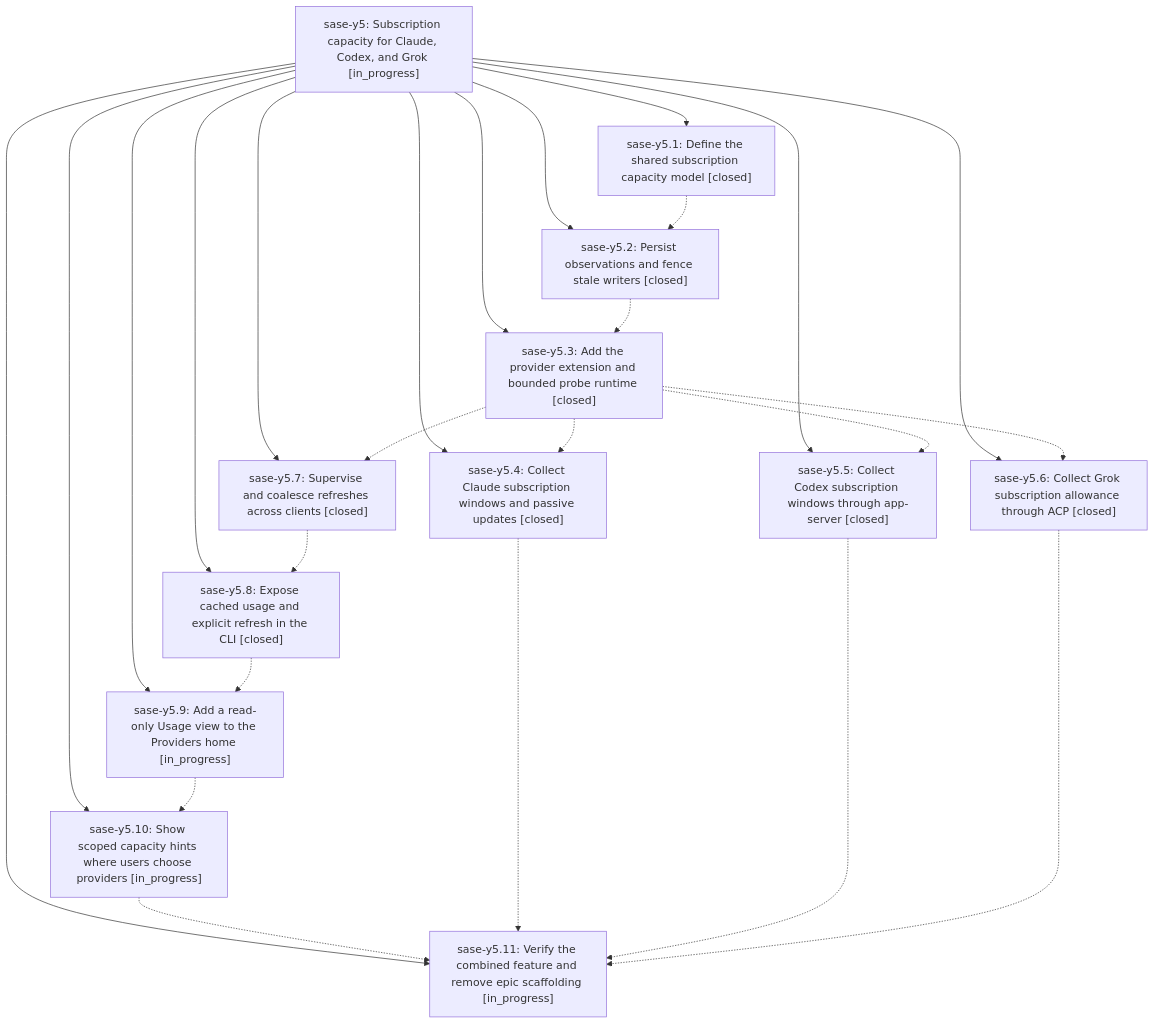
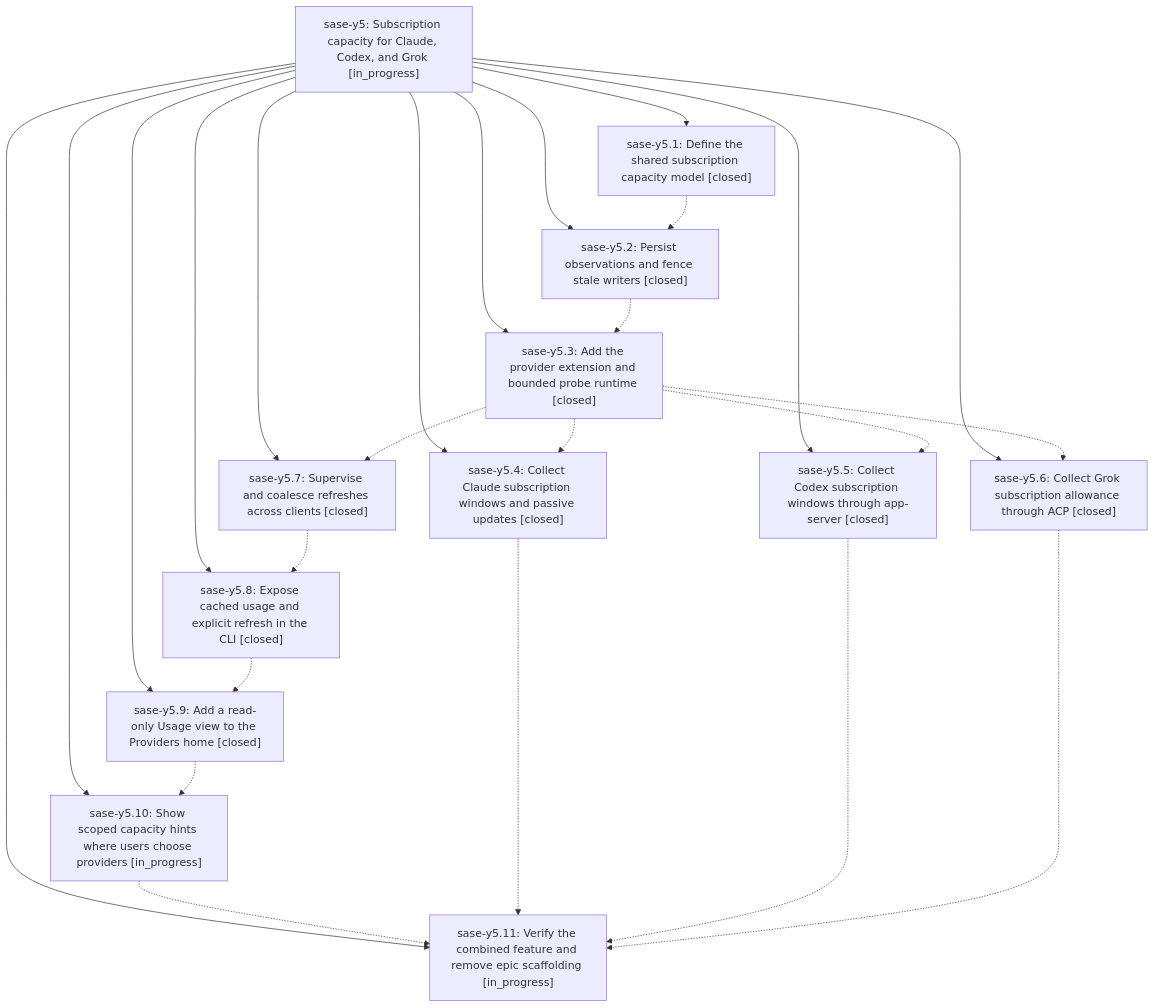
Before and after one commit to sase-org/sase--beads: the diagram in pages/sase-y5/README.md, drawn with Mermaid. The commit also changed other lines of this file and 3 other files, not shown here.

````diff
--- a/pages/sase-y5/README.md
+++ b/pages/sase-y5/README.md
@@ -62,39 +62,39 @@
 ```mermaid
 flowchart TD
     n0["sase-y5: Subscription capacity for Claude, Codex, and Grok [in_progress]"]
     n1["sase-y5.1: Define the shared subscription capacity model [closed]"]
     n2["sase-y5.10: Show scoped capacity hints where users choose providers [in_progress]"]
     n3["sase-y5.11: Verify the combined feature and remove epic scaffolding [in_progress]"]
     n4["sase-y5.2: Persist observations and fence stale writers [closed]"]
     n5["sase-y5.3: Add the provider extension and bounded probe runtime [closed]"]
     n6["sase-y5.4: Collect Claude subscription windows and passive updates [closed]"]
     n7["sase-y5.5: Collect Codex subscription windows through app-server [closed]"]
     n8["sase-y5.6: Collect Grok subscription allowance through ACP [closed]"]
     n9["sase-y5.7: Supervise and coalesce refreshes across clients [closed]"]
     n10["sase-y5.8: Expose cached usage and explicit refresh in the CLI [closed]"]
-    n11["sase-y5.9: Add a read-only Usage view to the Providers home [in_progress]"]
+    n11["sase-y5.9: Add a read-only Usage view to the Providers home [closed]"]
     n0 --> n1
     n0 --> n2
     n0 --> n3
     n0 --> n4
     n0 --> n5
     n0 --> n6
     n0 --> n7
     n0 --> n8
     n0 --> n9
     n0 --> n10
     n0 --> n11
     n1 -.-> n4
     n2 -.-> n3
     n4 -.-> n5
     n5 -.-> n6
     n5 -.-> n7
     n5 -.-> n8
     n5 -.-> n9
     n6 -.-> n3
     n7 -.-> n3
     n8 -.-> n3
     n9 -.-> n10
     n10 -.-> n11
     n11 -.-> n2
 ```
````
